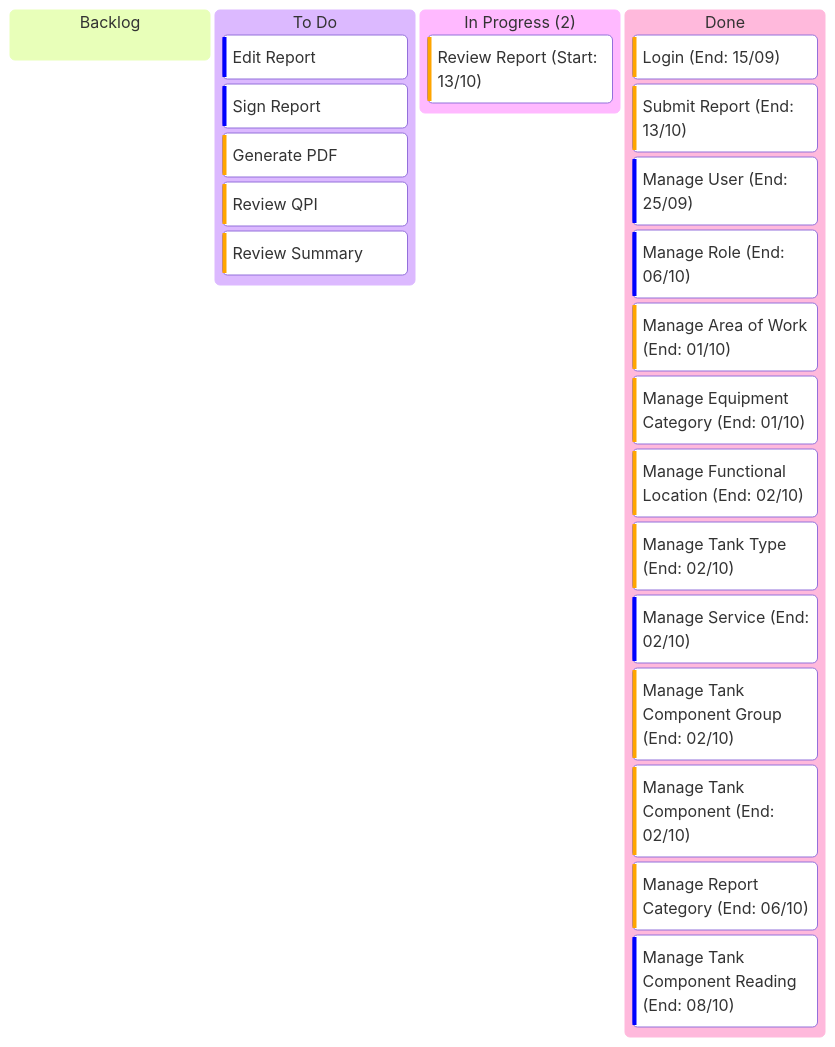
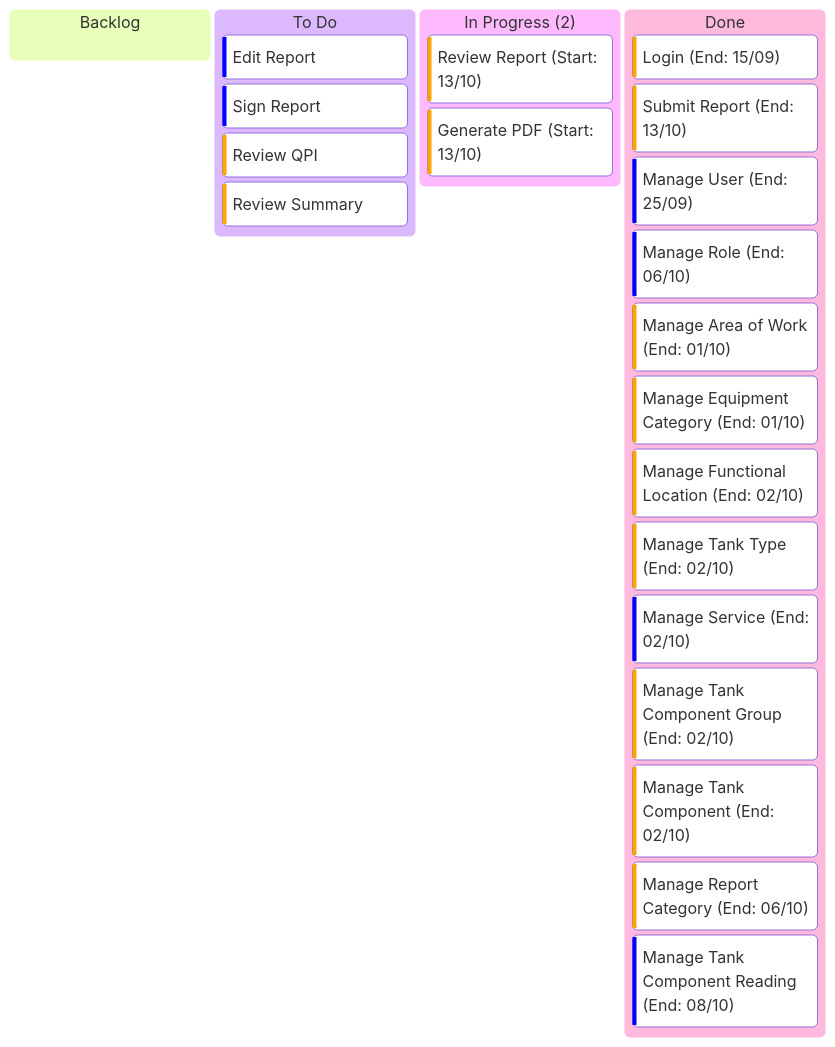
One commit to billdansr/kanban-boc-om changed the diagram in Kanban/02-Kanban.md. Above: the diagram before and after it, drawn with Mermaid. The commit also changed 2 other files, not shown here.

Commit message:
vault backup: 2025-10-16 11:20:11
Generate PDF: To Do -> In Progress. Started in 13/10

````diff
--- a/Kanban/02-Kanban.md
+++ b/Kanban/02-Kanban.md
@@ -3,29 +3,29 @@
 ```mermaid
 kanban
   backlog[Backlog]
 
   todo[To Do]
 	  uc04[Edit Report]@{priority: 'Low'}
 	  uc05[Sign Report]@{priority: 'Low'}
-	  uc06[Generate PDF]@{priority: 'High'}
 	  uc07[Review QPI]@{priority: 'High'}
 	  uc08[Review Summary]@{priority: 'High'}
 	  
   inprogress["In Progress (2)"]
-	  uc03["Review Report (Start: 13/10)"]@{priority: 'High'}	  
+	  uc03["Review Report (Start: 13/10)"]@{priority: 'High'}	
+	  uc06["Generate PDF (Start: 13/10)"]@{priority: 'High'}  
 
   done[Done]
 	  uc01["Login (End: 15/09)"]@{priority: 'High'}
 	  uc02["Submit Report (End: 13/10)"]@{priority: 'High'}	  
 	  uc09["Manage User (End: 25/09)"]@{priority: 'Low'}
 	  uc10["Manage Role (End: 06/10)"]@{priority: 'Low'}
 	  uc11["Manage Area of Work (End: 01/10)"]@{priority: 'High'}
 	  uc12["Manage Equipment Category (End: 01/10)"]@{priority: 'High'}
 	  uc13["Manage Functional Location (End: 02/10)"]@{priority: 'High'}
 	  uc14["Manage Tank Type (End: 02/10)"]@{priority: 'High'}
 	  uc15["Manage Service (End: 02/10)"]@{priority: 'Low'}
 	  uc16["Manage Tank Component Group (End: 02/10)"]@{priority: 'High'}
 	  uc17["Manage Tank Component (End: 02/10)"]@{priority: 'High'}
 	  uc18["Manage Report Category (End: 06/10)"]@{priority: 'High'}
 	  uc19["Manage Tank Component Reading (End: 08/10)"]@{priority: 'Low'}
 ```
````
